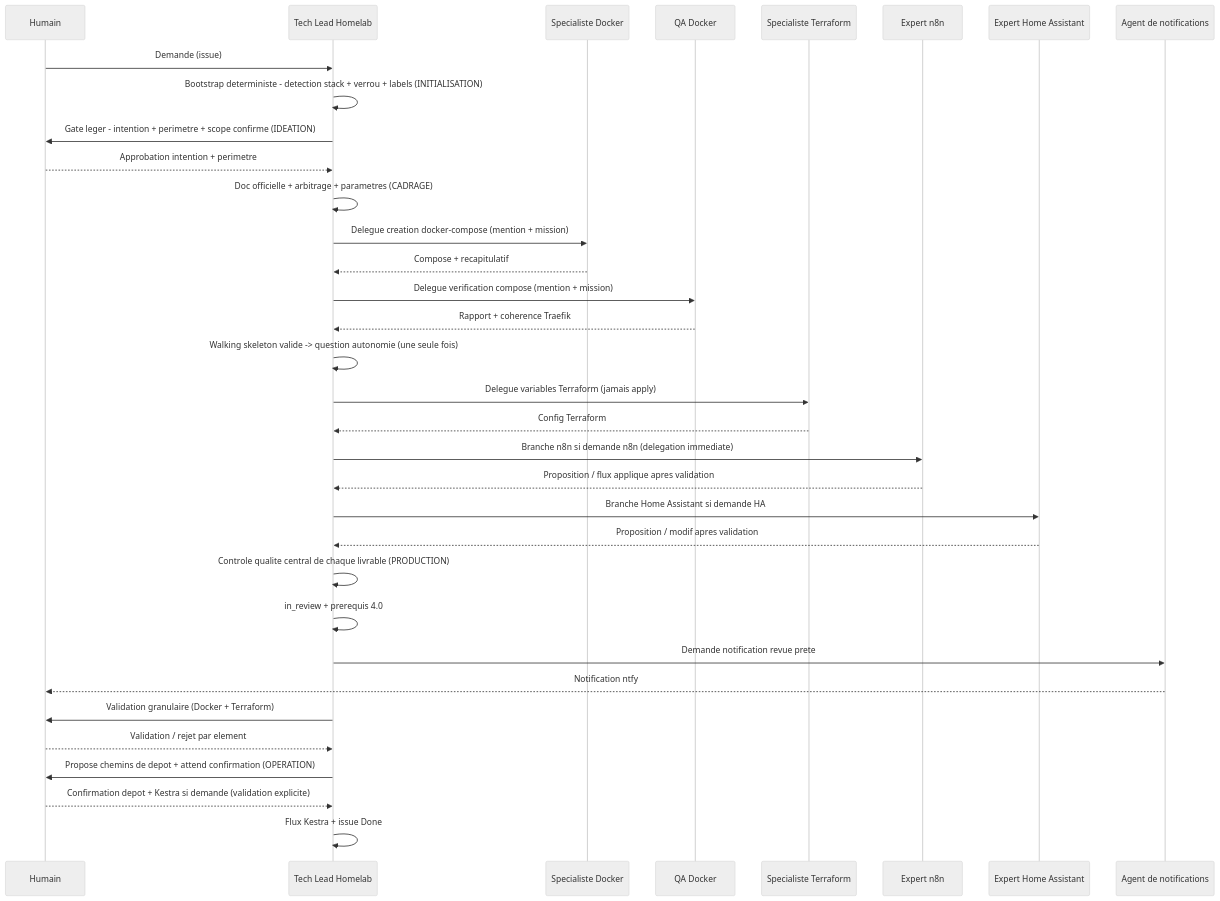
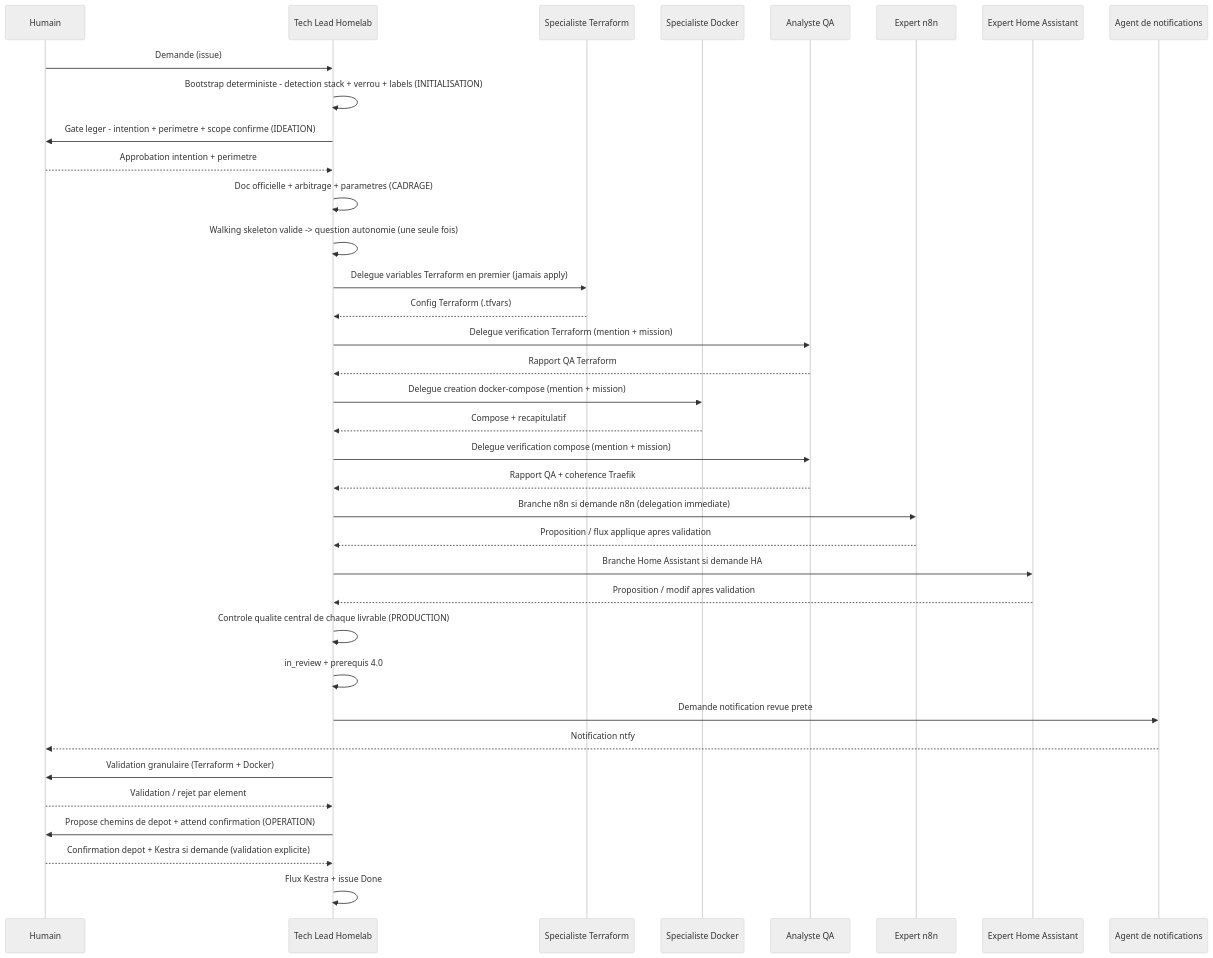
The second of 2 diagrams in homelab/common/conductor.md (Gsyltc/homelab-portfolio), drawn with Mermaid (neutral theme) before and after one commit. The commit also changed other lines of this file and 41 other files, not shown here.

First line of the commit message:
HOM-215 — Réorganisation Phase 3 (Terraform avant compose) + Analyste QA + ADR-0027

````diff
--- a/homelab/common/conductor.md
+++ b/homelab/common/conductor.md
@@ -163,37 +163,39 @@
 ```mermaid
 sequenceDiagram
     participant H as Humain
     participant S as Tech Lead Homelab
+    participant An as Specialiste Terraform
     participant B as Specialiste Docker
-    participant K as QA Docker
-    participant An as Specialiste Terraform
+    participant K as Analyste QA
     participant M as Expert n8n
     participant Hu as Expert Home Assistant
     participant AL as Agent de notifications
 
     H->>S: Demande (issue)
     S->>S: Bootstrap deterministe - detection stack + verrou + labels (INITIALISATION)
     S->>H: Gate leger - intention + perimetre + scope confirme (IDEATION)
     H-->>S: Approbation intention + perimetre
     S->>S: Doc officielle + arbitrage + parametres (CADRAGE)
+    S->>S: Walking skeleton valide -> question autonomie (une seule fois)
+    S->>An: Delegue variables Terraform en premier (jamais apply)
+    An-->>S: Config Terraform (.tfvars)
+    S->>K: Delegue verification Terraform (mention + mission)
+    K-->>S: Rapport QA Terraform
     S->>B: Delegue creation docker-compose (mention + mission)
     B-->>S: Compose + recapitulatif
     S->>K: Delegue verification compose (mention + mission)
-    K-->>S: Rapport + coherence Traefik
-    S->>S: Walking skeleton valide -> question autonomie (une seule fois)
-    S->>An: Delegue variables Terraform (jamais apply)
-    An-->>S: Config Terraform
+    K-->>S: Rapport QA + coherence Traefik
     S->>M: Branche n8n si demande n8n (delegation immediate)
     M-->>S: Proposition / flux applique apres validation
     S->>Hu: Branche Home Assistant si demande HA
     Hu-->>S: Proposition / modif apres validation
     S->>S: Controle qualite central de chaque livrable (PRODUCTION)
     S->>S: in_review + prerequis 4.0
     S->>AL: Demande notification revue prete
     AL-->>H: Notification ntfy
-    S->>H: Validation granulaire (Docker + Terraform)
+    S->>H: Validation granulaire (Terraform + Docker)
     H-->>S: Validation / rejet par element
     S->>H: Propose chemins de depot + attend confirmation (OPERATION)
     H-->>S: Confirmation depot + Kestra si demande (validation explicite)
     S->>S: Flux Kestra + issue Done
 ```
````
